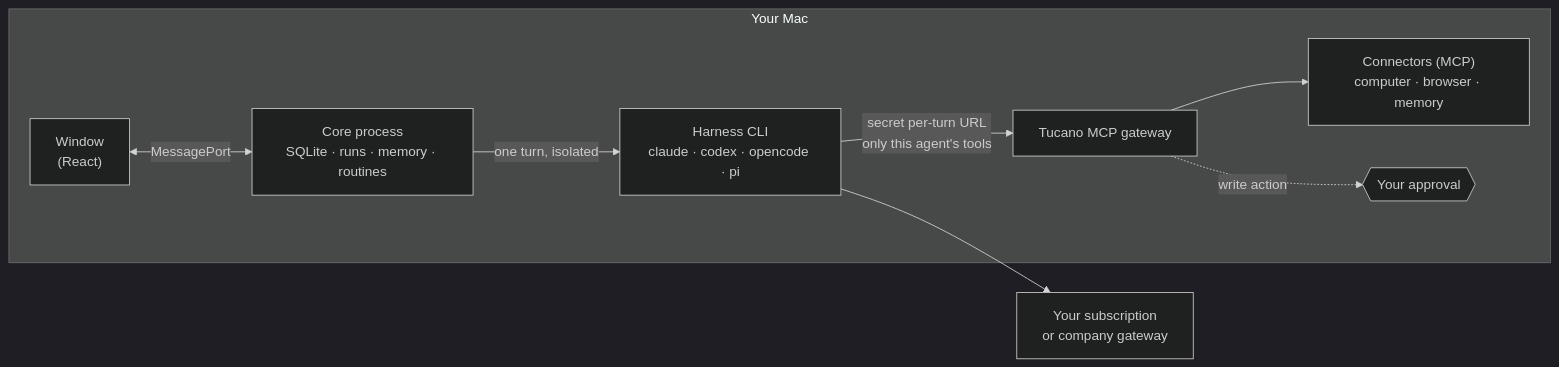
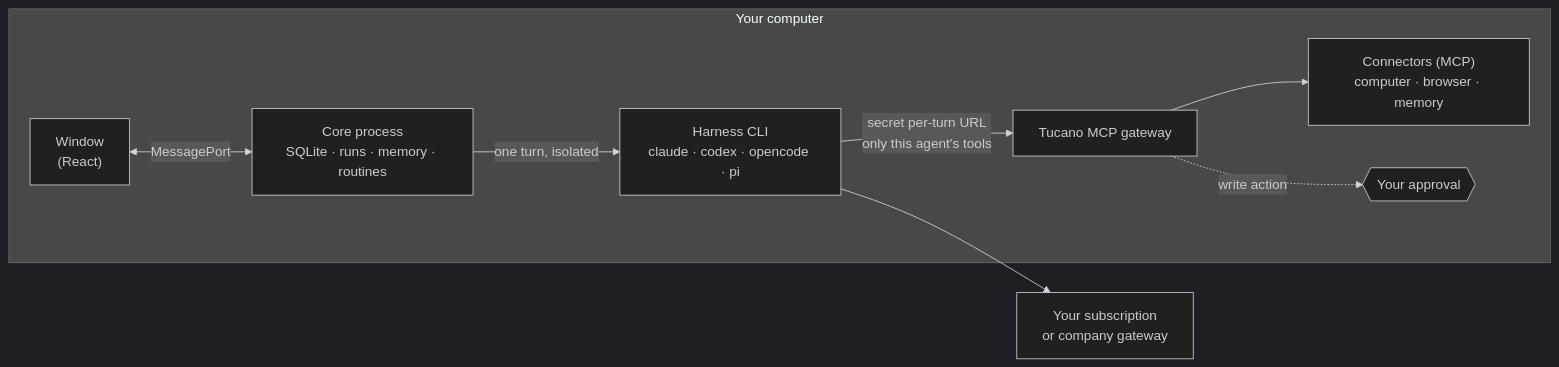
Before and after one commit to GianCdM/tucano: the diagram in README.md, drawn with Mermaid (dark theme). The commit also changed other lines of this file and 13 other files, not shown here.

````diff
--- a/README.md
+++ b/README.md
@@ -139,11 +146,11 @@
 ```mermaid
 flowchart LR
-  subgraph Mac["Your Mac"]
+  subgraph Mac["Your computer"]
     UI["Window<br/>(React)"] <-->|MessagePort| Core["Core process<br/>SQLite · runs · memory · routines"]
     Core -->|"one turn, isolated"| CLI["Harness CLI<br/>claude · codex · opencode · pi"]
     CLI -->|"secret per-turn URL<br/>only this agent's tools"| GW["Tucano MCP gateway"]
     GW --> Tools["Connectors (MCP)<br/>computer · browser · memory"]
     GW -.->|"write action"| OK{{"Your approval"}}
   end
   CLI --> Model["Your subscription<br/>or company gateway"]
 ```
````
